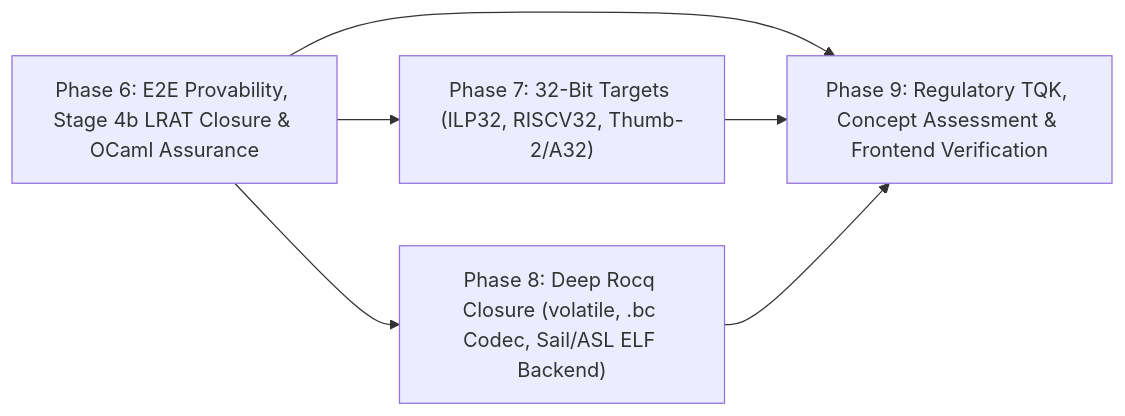
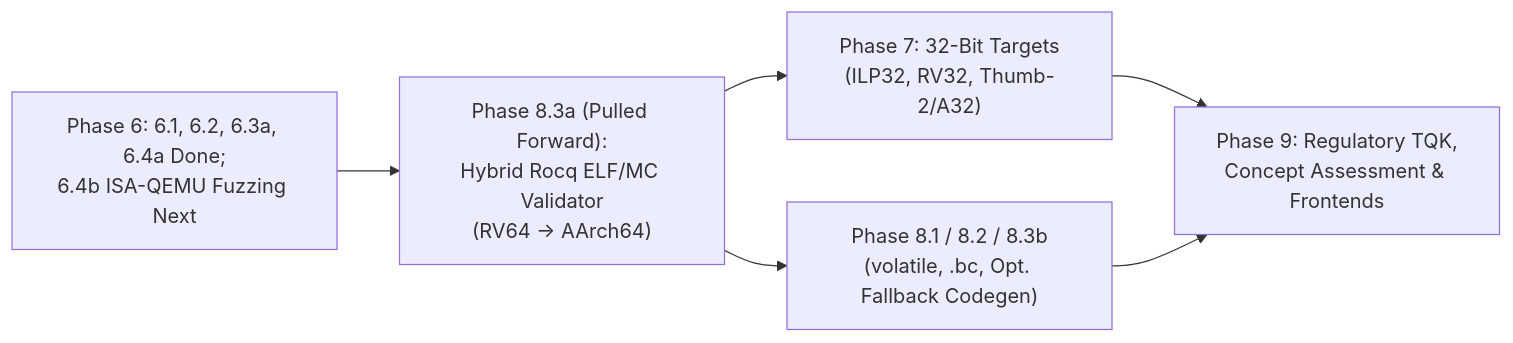
Before and after one commit to mannomannX/llvm-cert: the diagram in plan/post-v1-roadmap.md, drawn with Mermaid. The commit also changed other lines of this file and 2 other files, not shown here.

Commit message:
docs(plan): adopt Weg A roadmap pulling Phase 8.3a Rocq ELF/MC validator forward

````diff
--- a/plan/post-v1-roadmap.md
+++ b/plan/post-v1-roadmap.md
@@ -12,8 +12,8 @@
 ```mermaid
 flowchart LR
-    P6["Phase 6: E2E Provability, Stage 4b LRAT Closure & OCaml Assurance"] --> P7["Phase 7: 32-Bit Targets (ILP32, RISCV32, Thumb-2/A32)"]
-    P6 --> P8["Phase 8: Deep Rocq Closure (volatile, .bc Codec, Sail/ASL ELF Backend)"]
-    P6 --> P9["Phase 9: Regulatory TQK, Concept Assessment & Frontend Verification"]
-    P7 --> P9
-    P8 --> P9
+    P6["Phase 6: 6.1, 6.2, 6.3a, 6.4a Done;\n6.4b ISA-QEMU Fuzzing Next"] --> P83a["Phase 8.3a (Pulled Forward):\nHybrid Rocq ELF/MC Validator\n(RV64 -> AArch64)"]
+    P83a --> P7["Phase 7: 32-Bit Targets\n(ILP32, RV32, Thumb-2/A32)"]
+    P83a --> P8rest["Phase 8.1 / 8.2 / 8.3b\n(volatile, .bc, Opt. Fallback Codegen)"]
+    P7 --> P9["Phase 9: Regulatory TQK,\nConcept Assessment & Frontends"]
+    P8rest --> P9
 ```
````
